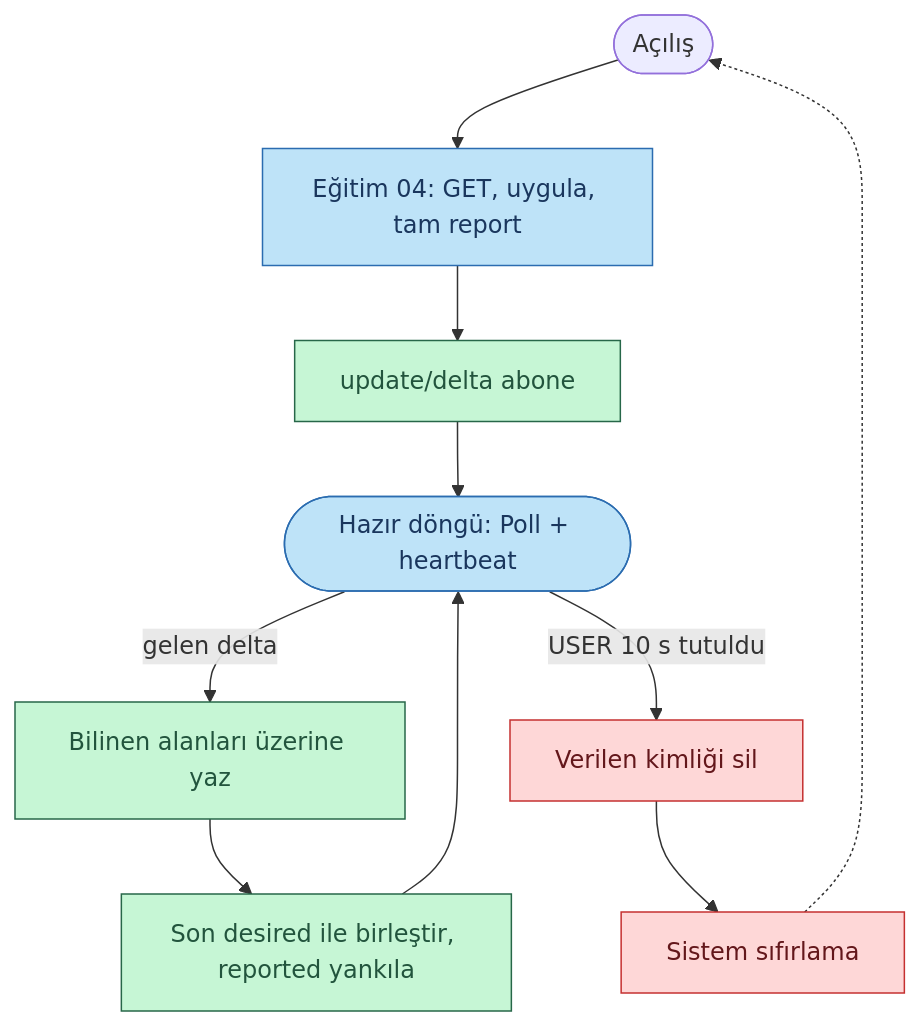
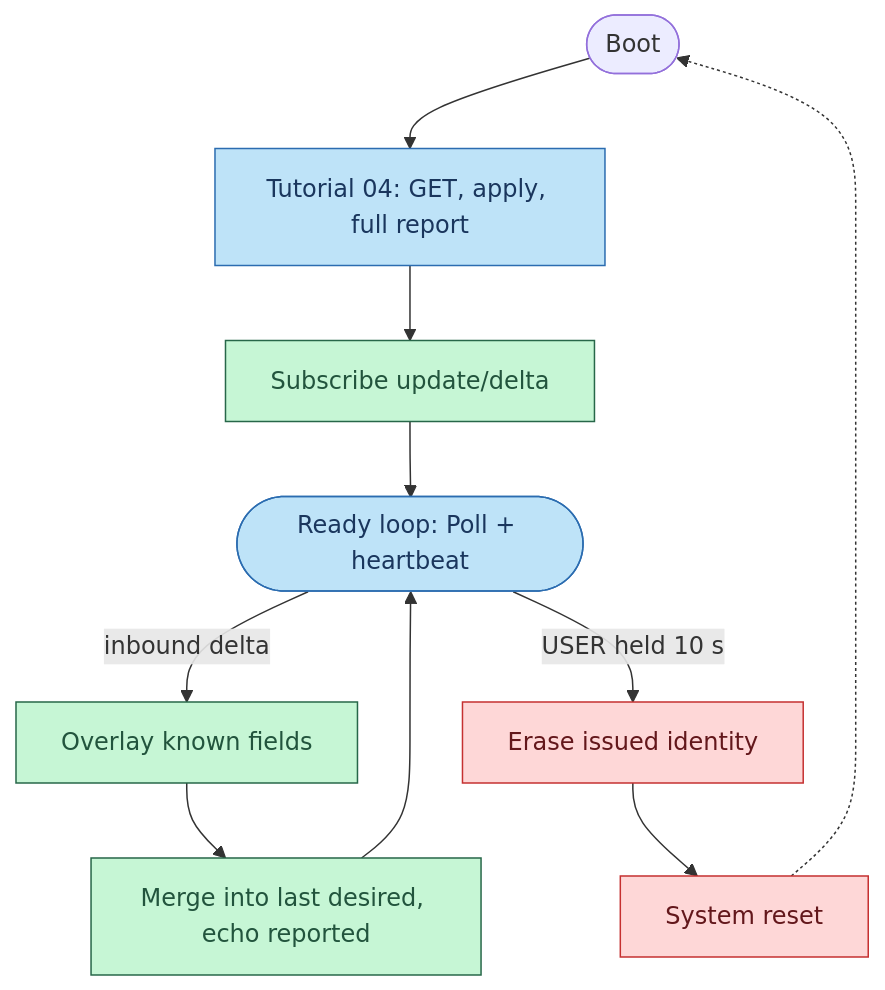
Before and after one commit to Empa-Electronics/Tiremo-Cortex-Tutorials: the second of 2 diagrams in docs-tr/Tiremo_Cloud/Feature_Tutorials/05-Live_Shadow_Delta_Handling/README.md, drawn with Mermaid. The commit also changed other lines of this file and 50 other files, not shown here.

````diff
--- a/docs-tr/Tiremo_Cloud/Feature_Tutorials/05-Live_Shadow_Delta_Handling/README.md
+++ b/docs-tr/Tiremo_Cloud/Feature_Tutorials/05-Live_Shadow_Delta_Handling/README.md
@@ -59,19 +61,19 @@
 ```mermaid
 flowchart TD
-    A([Açılış]) --> B[Eğitim 04: GET, uygula, tam report]
-    B --> C[update/delta abone]
-    C --> D([Hazır döngü: Poll + heartbeat])
-    D -->|gelen delta| E[Bilinen alanları üzerine yaz]
-    E --> F[Son desired ile birleştir, reported yankıla]
+    A([Boot]) --> B[Tutorial 04: GET, apply, full report]
+    B --> C[Subscribe update/delta]
+    C --> D([Ready loop: Poll + heartbeat])
+    D -->|inbound delta| E[Overlay known fields]
+    E --> F[Merge into last desired, echo reported]
     F --> D
-    D -->|USER 10 s tutuldu| G[Verilen kimliği sil]
-    G --> H[Sistem sıfırlama]
+    D -->|USER held 10 s| G[Erase issued identity]
+    G --> H[System reset]
     H -.-> A
 
     classDef normal fill:#bee3f8,stroke:#2b6cb0,color:#1a365d,stroke-width:1px
     classDef lesson fill:#c6f6d5,stroke:#276749,color:#22543d,stroke-width:1px
     classDef reset fill:#fed7d7,stroke:#c53030,color:#63171b,stroke-width:1px
     class B,D normal
     class C,E,F lesson
     class G,H reset
 ```
````
